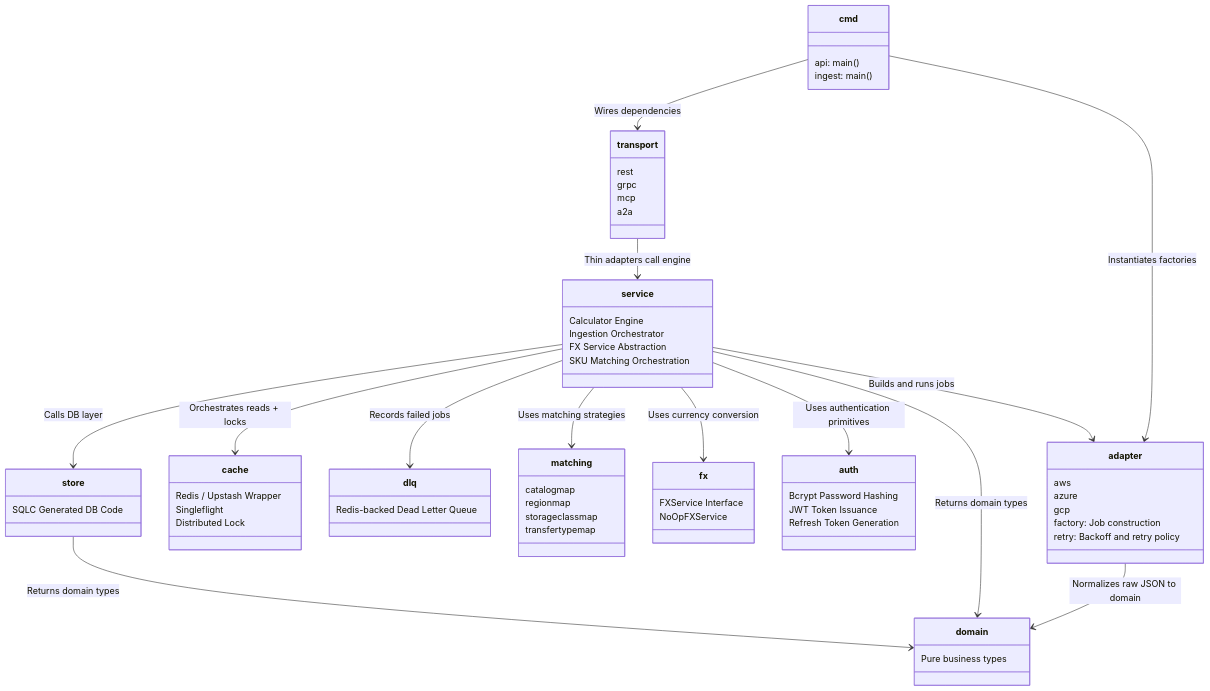
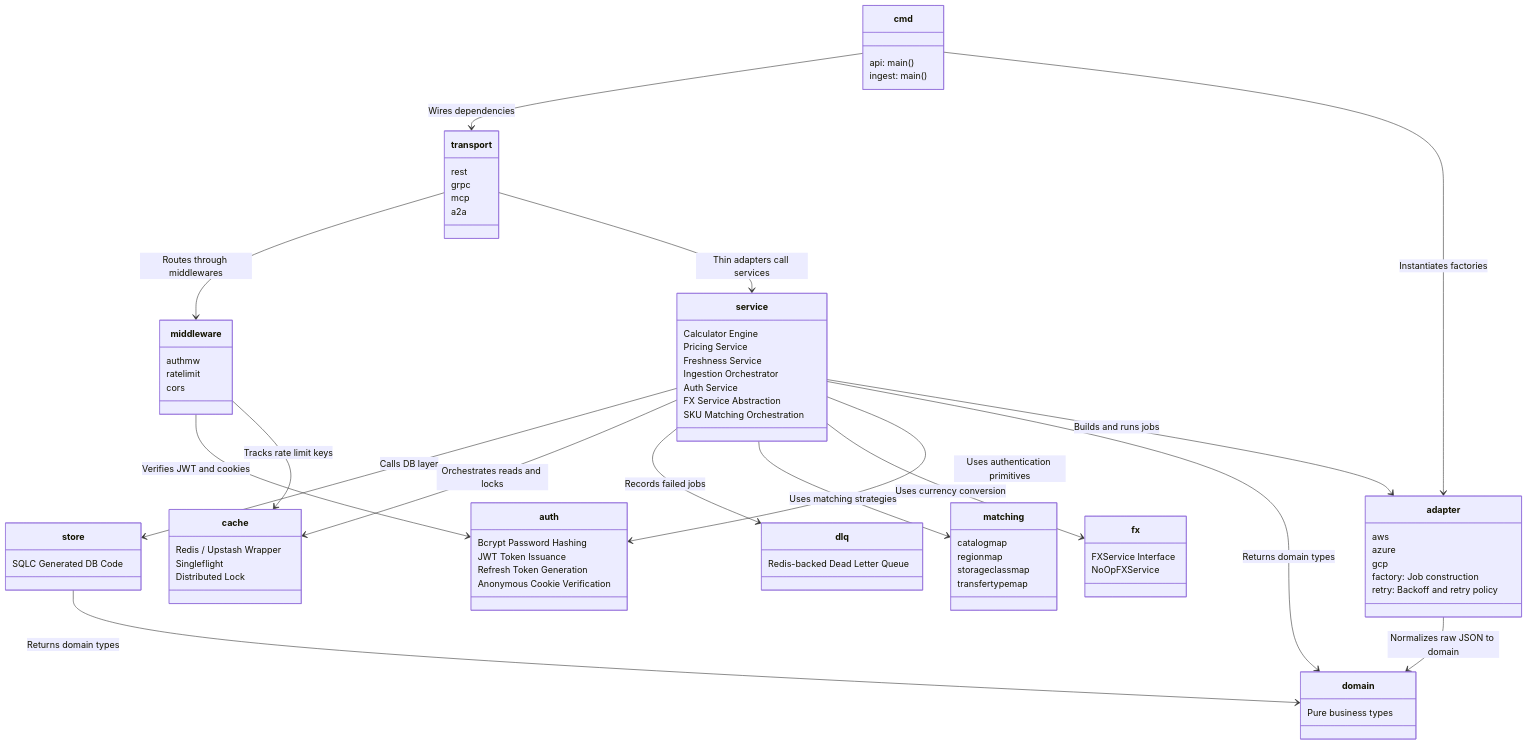
The diagram in docs/diagrams/06-package-structure.md (thatengineerguy21/cloudvitta), drawn with Mermaid before and after one commit. The commit also changed 32 other files, not shown here.

First line of the commit message:
docs(architecture) : standardize ADRs, sequence diagrams, and root documentation for stage 1 exit gate

```diff
--- a/docs/diagrams/06-package-structure.md
+++ b/docs/diagrams/06-package-structure.md
@@ -14,9 +14,18 @@
         a2a
     }
 
+    class middleware {
+        authmw
+        ratelimit
+        cors
+    }
+
     class service {
         Calculator Engine
+        Pricing Service
+        Freshness Service
         Ingestion Orchestrator
+        Auth Service
         FX Service Abstraction
         SKU Matching Orchestration
     }
@@ -63,15 +72,20 @@
         Bcrypt Password Hashing
         JWT Token Issuance
         Refresh Token Generation
+        Anonymous Cookie Verification
     }
 
     cmd --> transport : Wires dependencies
     cmd --> adapter : Instantiates factories
     
-    transport --> service : Thin adapters call engine
+    transport --> middleware : Routes through middlewares
+    middleware --> auth : Verifies JWT and cookies
+    middleware --> cache : Tracks rate limit keys
+    
+    transport --> service : Thin adapters call services
     
     service --> store : Calls DB layer
-    service --> cache : Orchestrates reads + locks
+    service --> cache : Orchestrates reads and locks
     service --> dlq : Records failed jobs
     service --> matching : Uses matching strategies
     service --> fx : Uses currency conversion
```
